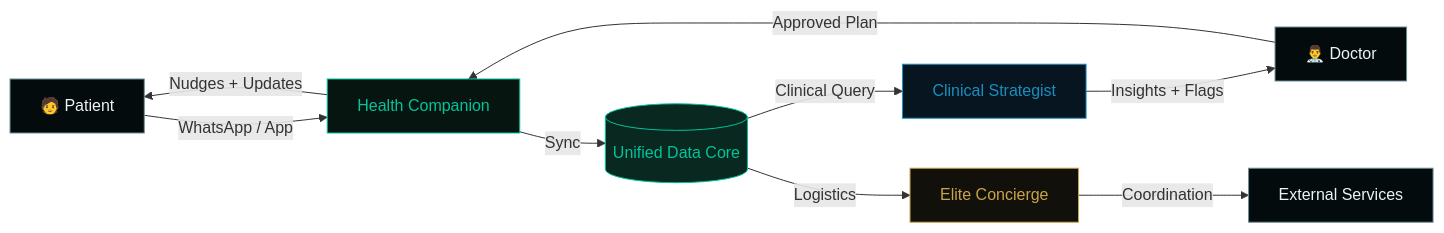
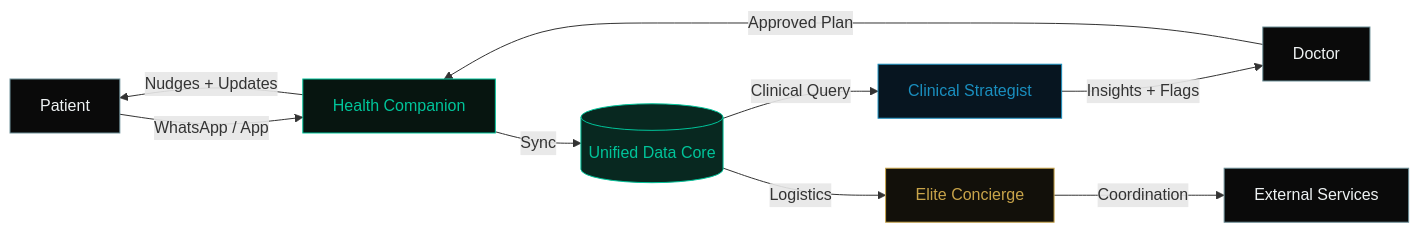
Before and after one commit to AssafMashiah/slides: the diagram in longevity-clinic/slides.md, drawn with Mermaid. The commit also changed other lines of this file, not shown here.

Commit message:
fix: slide 5 mermaid — remove emoji from node labels, fix div nesting

````diff
--- a/longevity-clinic/slides.md
+++ b/longevity-clinic/slides.md
@@ -157,19 +156,19 @@
 ```mermaid
 graph LR
-    P[🧑 Patient] -->|WhatsApp / App| HC[Health Companion]
+    P[Patient] -->|WhatsApp / App| HC[Health Companion]
     HC -->|Sync| UDC[(Unified Data Core)]
     UDC -->|Clinical Query| CS[Clinical Strategist]
     UDC -->|Logistics| EC[Elite Concierge]
-    CS -->|Insights + Flags| DR[👨‍⚕️ Doctor]
+    CS -->|Insights + Flags| DR[Doctor]
     EC -->|Coordination| SVC[External Services]
     DR -->|Approved Plan| HC
     HC -->|Nudges + Updates| P
 
     style UDC fill:#082820,stroke:#00C49A,color:#00C49A
     style CS fill:#071520,stroke:#1A8FBF,color:#1A8FBF
     style EC fill:#12100a,stroke:#C8A44A,color:#C8A44A
     style HC fill:#071510,stroke:#00C49A,color:#00C49A
-    style DR fill:#040B0D,stroke:#6B8E96,color:#EEF2F3
-    style P fill:#040B0D,stroke:#6B8E96,color:#EEF2F3
-    style SVC fill:#040B0D,stroke:#6B8E96,color:#EEF2F3
+    style DR fill:#0a0a0a,stroke:#6B8E96,color:#EEF2F3
+    style P fill:#0a0a0a,stroke:#6B8E96,color:#EEF2F3
+    style SVC fill:#0a0a0a,stroke:#6B8E96,color:#EEF2F3
 ```
````
